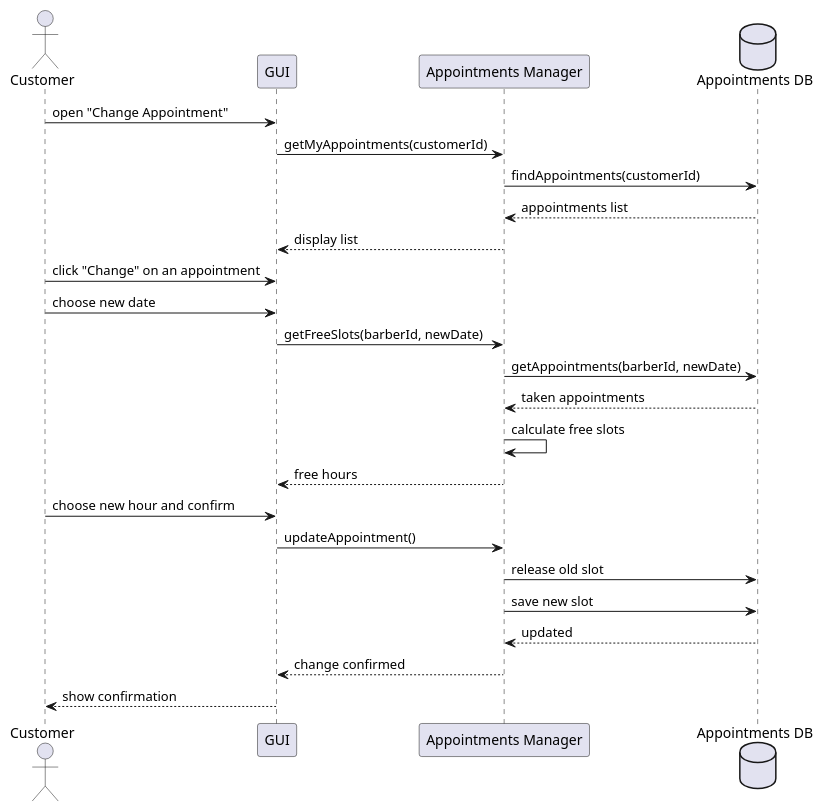
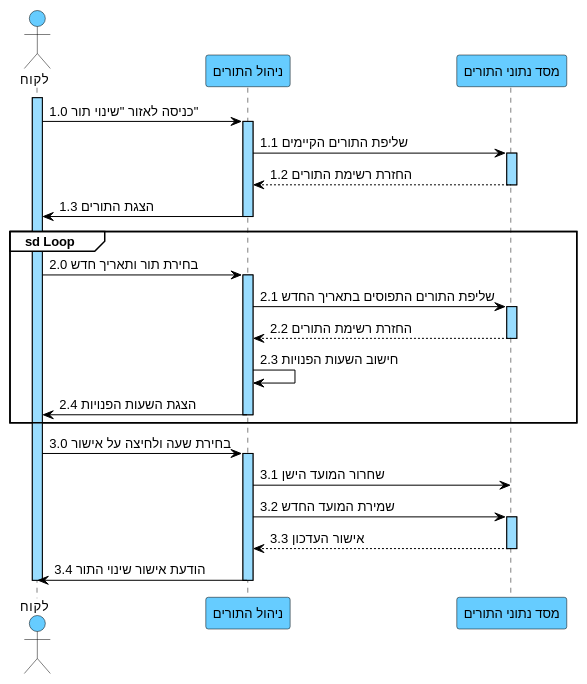
One commit to arielkaplan20/GOLDEN_HAIR_SALOAN changed the diagram in docs/diagrams/puml/05-seq-suc05-שינוי-תור.puml. Above: the diagram before and after it, drawn with PlantUML. The commit also changed 26 other files, not shown here.

```diff
--- a/docs/diagrams/puml/05-seq-suc05-שינוי-תור.puml
+++ b/docs/diagrams/puml/05-seq-suc05-שינוי-תור.puml
@@ -1,26 +1,57 @@
 @startuml
-actor Customer
-participant GUI
-participant "Appointments Manager" as AM
-database "Appointments DB" as DB
+skinparam backgroundColor white
+skinparam defaultFontName Arial
+skinparam defaultFontSize 13
+skinparam sequence {
+ArrowColor black
+ArrowFontColor black
+ActorBorderColor black
+ActorBackgroundColor #66CCFF
+LifeLineBorderColor black
+LifeLineBackgroundColor #99DDFF
+ParticipantBorderColor black
+ParticipantBackgroundColor #66CCFF
+ParticipantFontColor black
+ParticipantFontSize 13
+GroupBorderColor black
+GroupBackgroundColor white
+GroupHeaderFontColor black
+}
 
-Customer -> GUI : open "Change Appointment"
-GUI -> AM : getMyAppointments(customerId)
-AM -> DB : findAppointments(customerId)
-DB --> AM : appointments list
-AM --> GUI : display list
-Customer -> GUI : click "Change" on an appointment
-Customer -> GUI : choose new date
-GUI -> AM : getFreeSlots(barberId, newDate)
-AM -> DB : getAppointments(barberId, newDate)
-DB --> AM : taken appointments
-AM -> AM : calculate free slots
-AM --> GUI : free hours
-Customer -> GUI : choose new hour and confirm
-GUI -> AM : updateAppointment()
-AM -> DB : release old slot
-AM -> DB : save new slot
-DB --> AM : updated
-AM --> GUI : change confirmed
-GUI --> Customer : show confirmation
+actor "לקוח" as C
+participant "ניהול התורים" as AM
+participant "מסד נתוני התורים" as DB
+
+activate C
+C -> AM : 1.0 כניסה לאזור "שינוי תור"
+activate AM
+AM -> DB : 1.1 שליפת התורים הקיימים
+activate DB
+DB --> AM : 1.2 החזרת רשימת התורים
+deactivate DB
+AM -> C : 1.3 הצגת התורים
+deactivate AM
+
+group sd Loop
+C -> AM : 2.0 בחירת תור ותאריך חדש
+activate AM
+AM -> DB : 2.1 שליפת התורים התפוסים בתאריך החדש
+activate DB
+DB --> AM : 2.2 החזרת רשימת התורים
+deactivate DB
+AM -> AM : 2.3 חישוב השעות הפנויות
+AM -> C : 2.4 הצגת השעות הפנויות
+deactivate AM
+end
+
+C -> AM : 3.0 בחירת שעה ולחיצה על אישור
+activate AM
+AM -> DB : 3.1 שחרור המועד הישן
+AM -> DB : 3.2 שמירת המועד החדש
+activate DB
+DB --> AM : 3.3 אישור העדכון
+deactivate DB
+AM -> C : 3.4 הודעת אישור שינוי התור
+deactivate AM
+deactivate C
 @enduml
```
